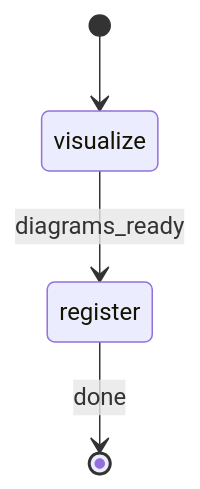
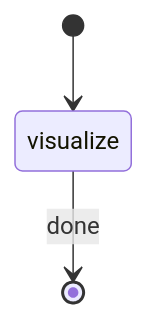
One commit to rp1-run/rp1 changed the diagram in cli/dist/claude-code/dev/skills/pr-visual/SKILL.md. Above: the diagram before and after it, drawn with Mermaid. The commit also changed other lines of this file and 2 other files, not shown here.

````diff
--- a/cli/dist/claude-code/dev/skills/pr-visual/SKILL.md
+++ b/cli/dist/claude-code/dev/skills/pr-visual/SKILL.md
@@ -35,6 +35,5 @@
 ```mermaid
 stateDiagram-v2
     [*] --> visualize
-    visualize --> register : diagrams_ready
-    register --> [*] : done
+    visualize --> [*] : done
 ```
````
